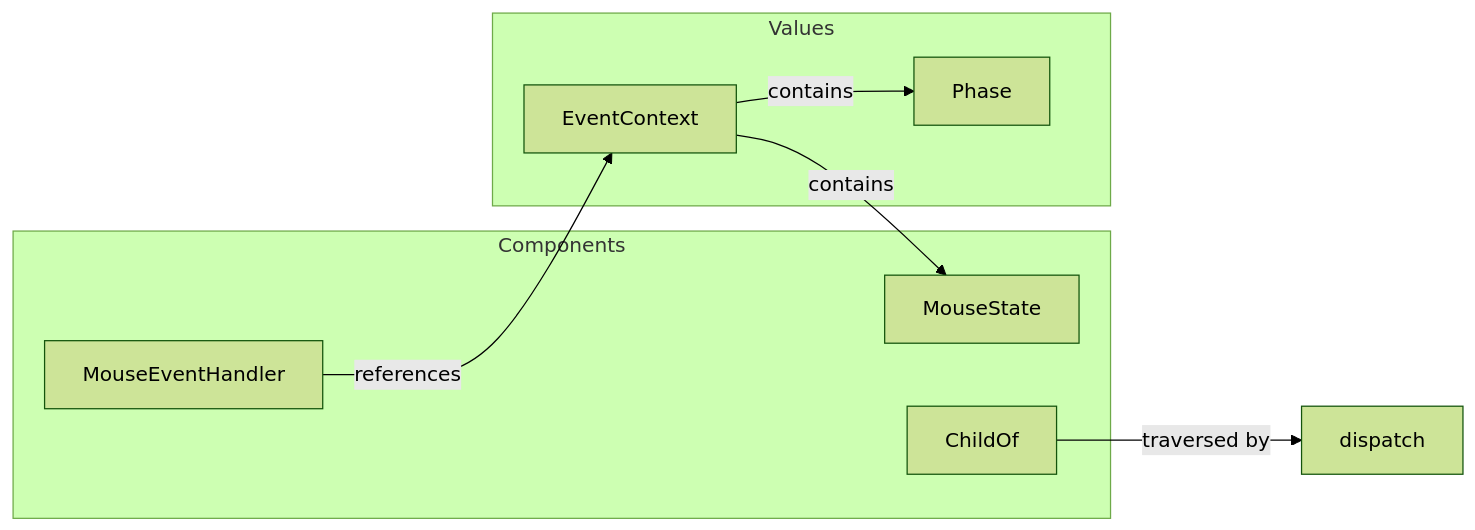
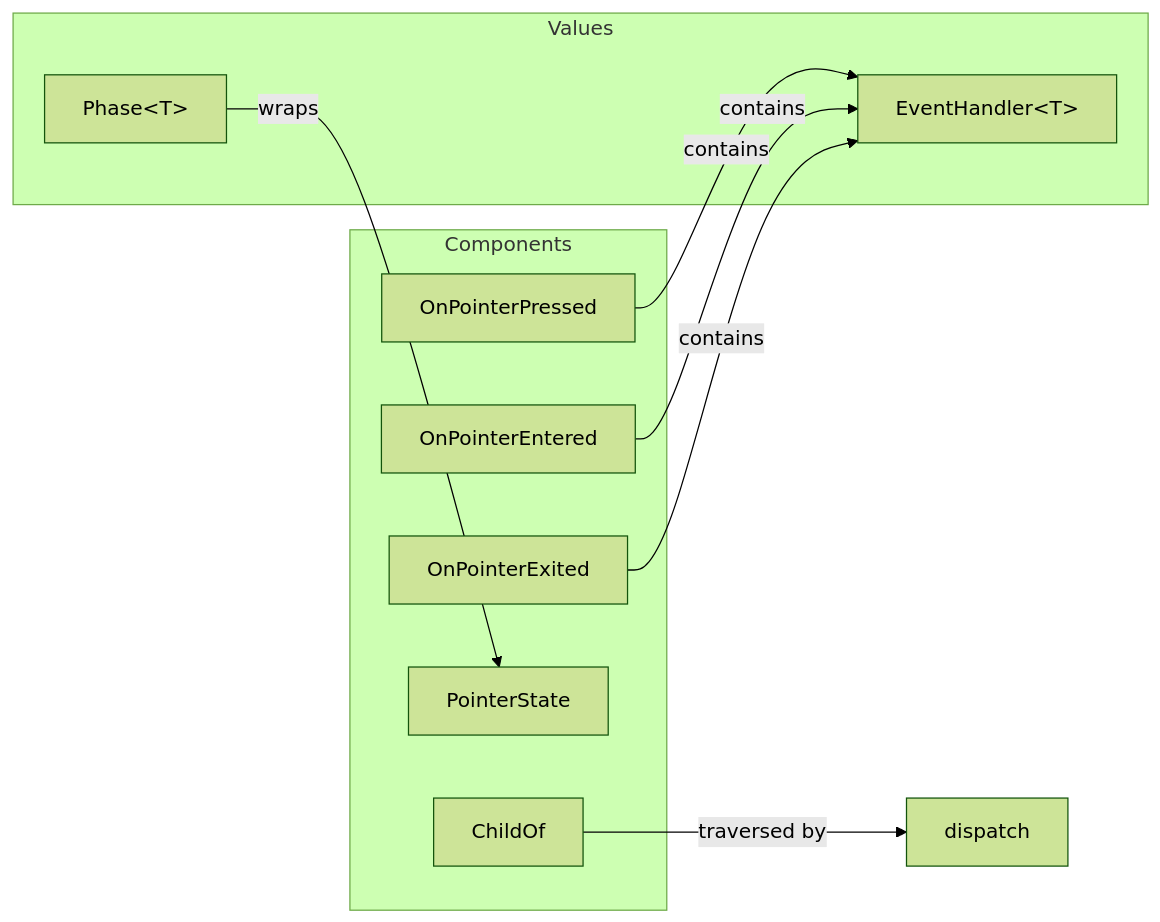
Before and after one commit to ekicyou/dcomp_sample-rs: the third of 3 diagrams in .kiro/specs/event-dispatch/design.md, drawn with Mermaid (forest theme). The commit also changed other lines of this file and 10 other files, not shown here.

````diff
--- a/.kiro/specs/event-dispatch/design.md
+++ b/.kiro/specs/event-dispatch/design.md
@@ -324,18 +477,21 @@
 ```mermaid
 graph LR
     subgraph Components
-        MEH[MouseEventHandler]
-        MS[MouseState]
+        OPP[OnPointerPressed]
+        OPE[OnPointerEntered]
+        OPX[OnPointerExited]
+        PS[PointerState]
         CO[ChildOf]
     end
     
     subgraph Values
-        EC[EventContext]
-        PH[Phase]
+        PH[Phase&lt;T&gt;]
+        EH[EventHandler&lt;T&gt;]
     end
     
-    MEH -->|references| EC
-    EC -->|contains| MS
-    EC -->|contains| PH
+    OPP -->|contains| EH
+    OPE -->|contains| EH
+    OPX -->|contains| EH
+    PH -->|wraps| PS
     CO -->|traversed by| dispatch
 ```
````
